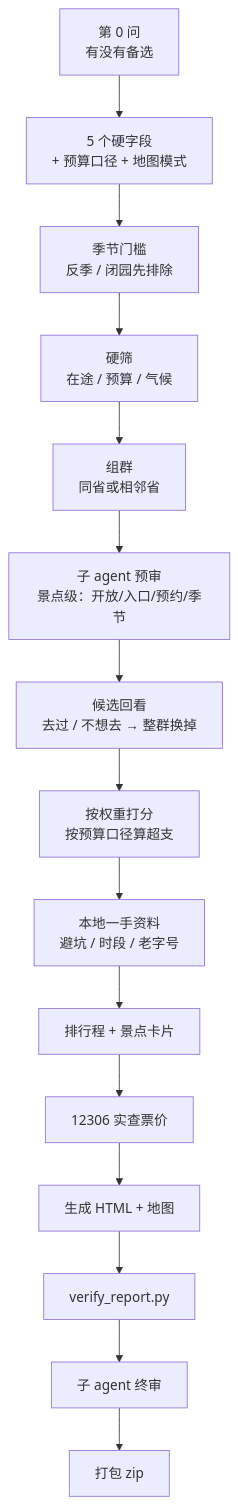
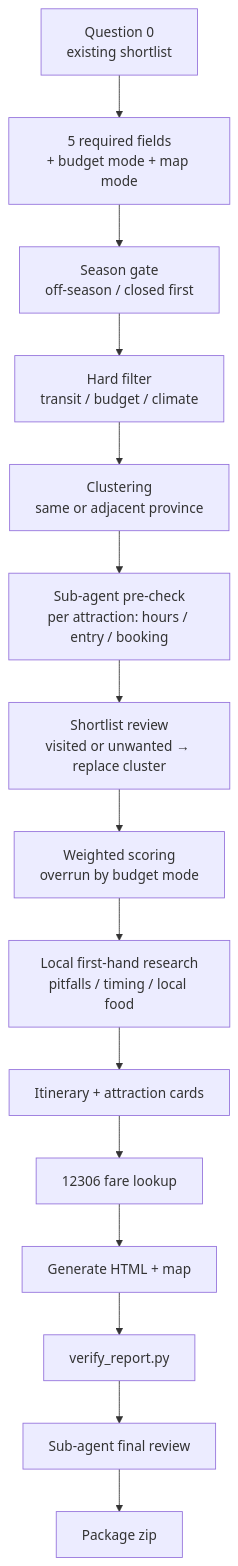
The diagram in README.md (ghost-him/chinese-travel-recommend), drawn with Mermaid before and after one commit. The commit also changed other lines of this file and 30 other files, not shown here.

````diff
--- a/README.md
+++ b/README.md
@@ -46,17 +53,17 @@
 ```mermaid
 flowchart TD
-  A[第 0 问<br/>有没有备选] --> B[5 个硬字段<br/>+ 预算口径 + 地图模式]
-  B --> C[季节门槛<br/>反季 / 闭园先排除]
-  C --> D[硬筛<br/>在途 / 预算 / 气候]
-  D --> E[组群<br/>同省或相邻省]
-  E --> F[子 agent 预审<br/>景点级：开放/入口/预约/季节]
-  F --> G[候选回看<br/>去过 / 不想去 → 整群换掉]
-  G --> H[按权重打分<br/>按预算口径算超支]
-  H --> I[本地一手资料<br/>避坑 / 时段 / 老字号]
-  I --> J[排行程 + 景点卡片]
-  J --> K[12306 实查票价]
-  K --> L[生成 HTML + 地图]
+  A[Question 0<br/>existing shortlist] --> B[5 required fields<br/>+ budget mode + map mode]
+  B --> C[Season gate<br/>off-season / closed first]
+  C --> D[Hard filter<br/>transit / budget / climate]
+  D --> E[Clustering<br/>same or adjacent province]
+  E --> F[Sub-agent pre-check<br/>per attraction: hours / entry / booking]
+  F --> G[Shortlist review<br/>visited or unwanted → replace cluster]
+  G --> H[Weighted scoring<br/>overrun by budget mode]
+  H --> I[Local first-hand research<br/>pitfalls / timing / local food]
+  I --> J[Itinerary + attraction cards]
+  J --> K[12306 fare lookup]
+  K --> L[Generate HTML + map]
   L --> M[verify_report.py]
-  M --> N[子 agent 终审]
-  N --> O[打包 zip]
+  M --> N[Sub-agent final review]
+  N --> O[Package zip]
 ```
````
